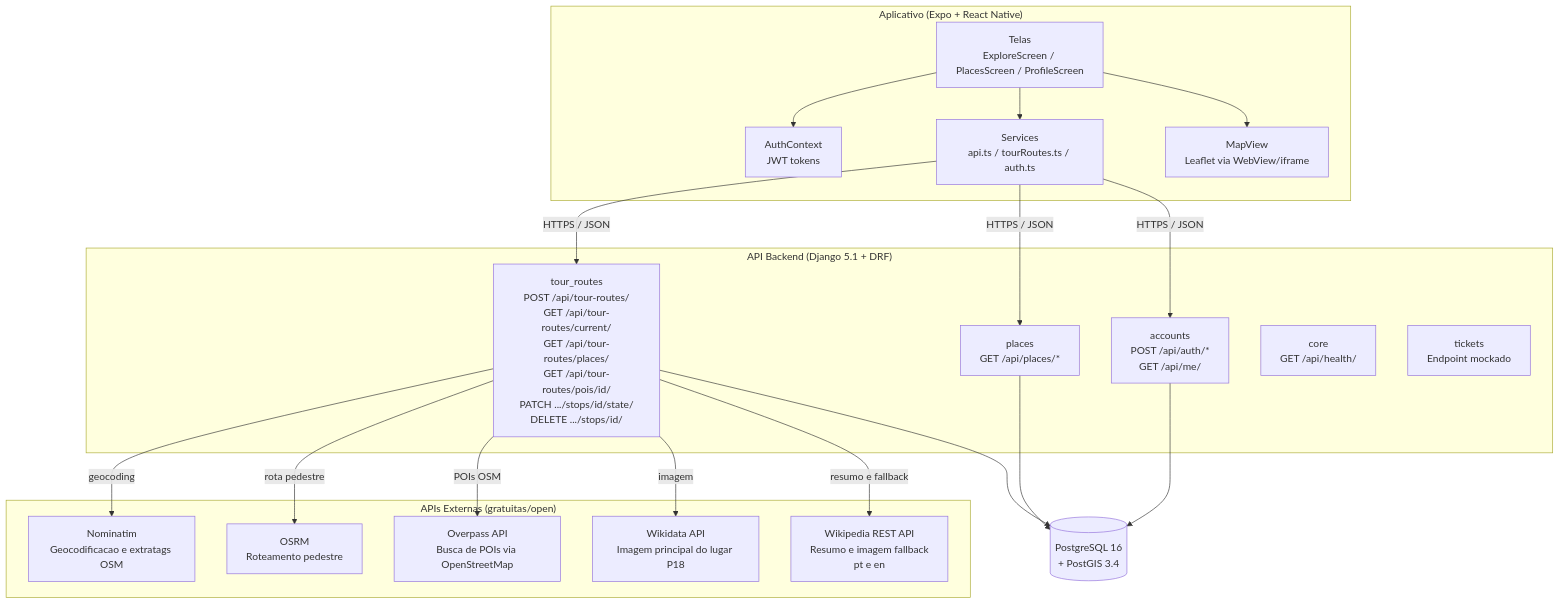
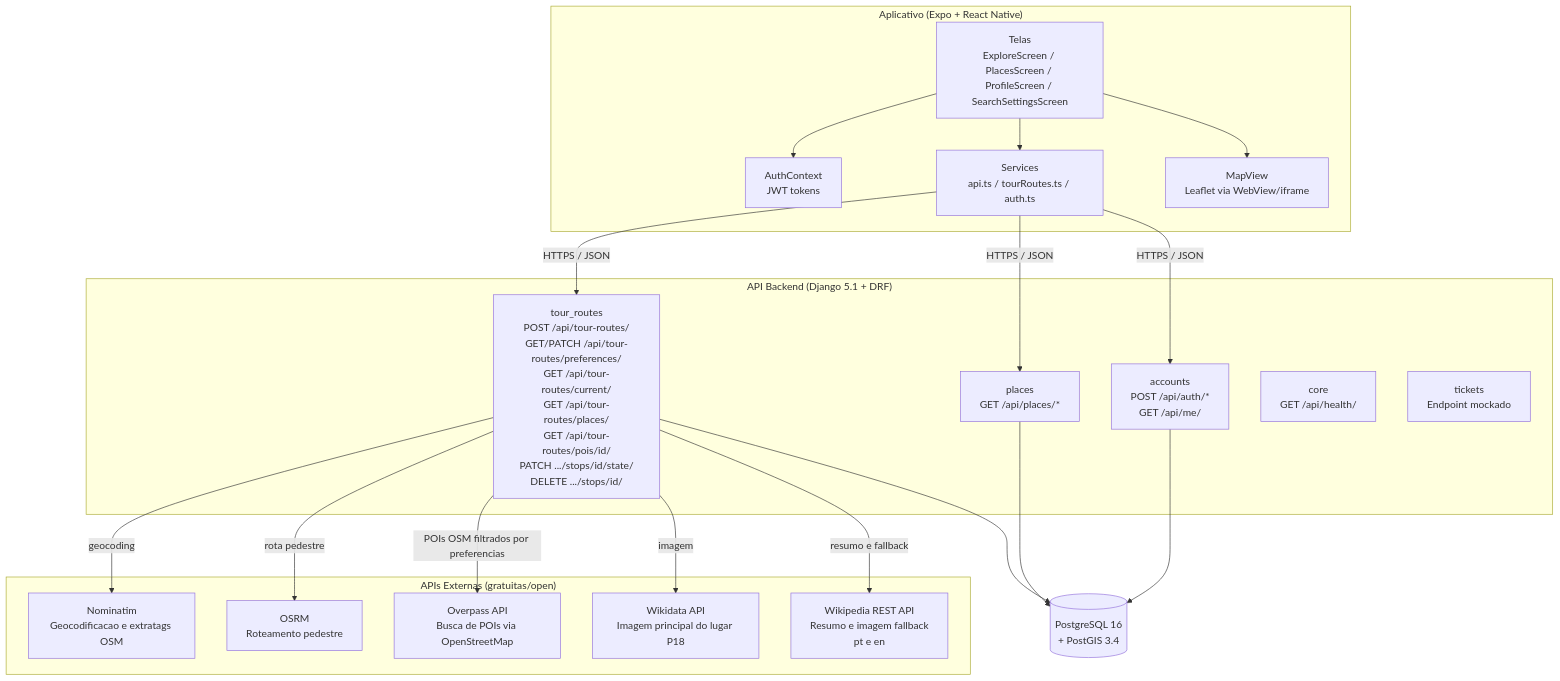
Before and after one commit to EXPLORA-PLUS/explora-plus-docs: the fourth of 10 diagrams in MODELAGEM.md, drawn with Mermaid. The commit also changed other lines of this file and 14 other files, not shown here.

Commit message:
sync(search-preferences-12): docs document route search preferences

````diff
--- a/MODELAGEM.md
+++ b/MODELAGEM.md
@@ -289,43 +318,43 @@
 ```mermaid
 flowchart TB
     subgraph Frontend["Aplicativo (Expo + React Native)"]
-        Screens[Telas\nExploreScreen / PlacesScreen / ProfileScreen]
+        Screens[Telas\nExploreScreen / PlacesScreen / ProfileScreen / SearchSettingsScreen]
         Auth[AuthContext\nJWT tokens]
         Services[Services\napi.ts / tourRoutes.ts / auth.ts]
         Map[MapView\nLeaflet via WebView/iframe]
         Screens --> Auth
         Screens --> Services
         Screens --> Map
     end
 
     subgraph Backend["API Backend (Django 5.1 + DRF)"]
         AuthAPI[accounts\nPOST /api/auth/*\nGET /api/me/]
         PlacesAPI[places\nGET /api/places/*]
-        TourRoutesAPI[tour_routes\nPOST /api/tour-routes/\nGET /api/tour-routes/current/\nGET /api/tour-routes/places/\nGET /api/tour-routes/pois/id/\nPATCH .../stops/id/state/\nDELETE .../stops/id/]
+        TourRoutesAPI[tour_routes\nPOST /api/tour-routes/\nGET/PATCH /api/tour-routes/preferences/\nGET /api/tour-routes/current/\nGET /api/tour-routes/places/\nGET /api/tour-routes/pois/id/\nPATCH .../stops/id/state/\nDELETE .../stops/id/]
         CoreAPI[core\nGET /api/health/]
         TicketsAPI[tickets\nEndpoint mockado]
     end
 
     DB[(PostgreSQL 16\n+ PostGIS 3.4)]
 
     subgraph Externos["APIs Externas (gratuitas/open)"]
         Nominatim["Nominatim\nGeocodificacao e extratags OSM"]
         OSRM["OSRM\nRoteamento pedestre"]
         Overpass["Overpass API\nBusca de POIs via OpenStreetMap"]
         Wikidata["Wikidata API\nImagem principal do lugar P18"]
         Wikipedia["Wikipedia REST API\nResumo e imagem fallback\npt e en"]
     end
 
     Services -->|HTTPS / JSON| AuthAPI
     Services -->|HTTPS / JSON| TourRoutesAPI
     Services -->|HTTPS / JSON| PlacesAPI
 
     AuthAPI --> DB
     PlacesAPI --> DB
     TourRoutesAPI --> DB
     TourRoutesAPI -->|geocoding| Nominatim
     TourRoutesAPI -->|rota pedestre| OSRM
-    TourRoutesAPI -->|POIs OSM| Overpass
+    TourRoutesAPI -->|POIs OSM filtrados por preferencias| Overpass
     TourRoutesAPI -->|imagem| Wikidata
     TourRoutesAPI -->|resumo e fallback| Wikipedia
 ```
````
